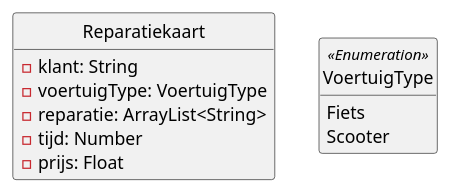
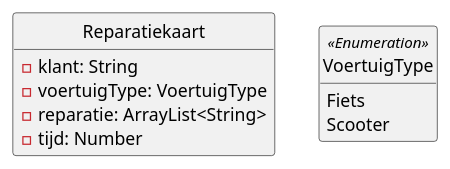
One commit to leonvanderheiden/vkfep2021-test changed the diagram in doc/plantUML/DomeinModel.puml. Above: the diagram before and after it, drawn with PlantUML. The commit also changed 6 other files, not shown here.

```diff
--- a/doc/plantUML/DomeinModel.puml
+++ b/doc/plantUML/DomeinModel.puml
@@ -1,17 +1,16 @@
 @startuml
 hide circle
 hide empty members
 
 class Reparatiekaart {
     - klant: String 
     - voertuigType: VoertuigType
     - reparatie: ArrayList<String>
     - tijd: Number 
-    - prijs: Float 
 }
 
 enum VoertuigType <<Enumeration>> {
     Fiets 
     Scooter 
 }
 @enduml
```
